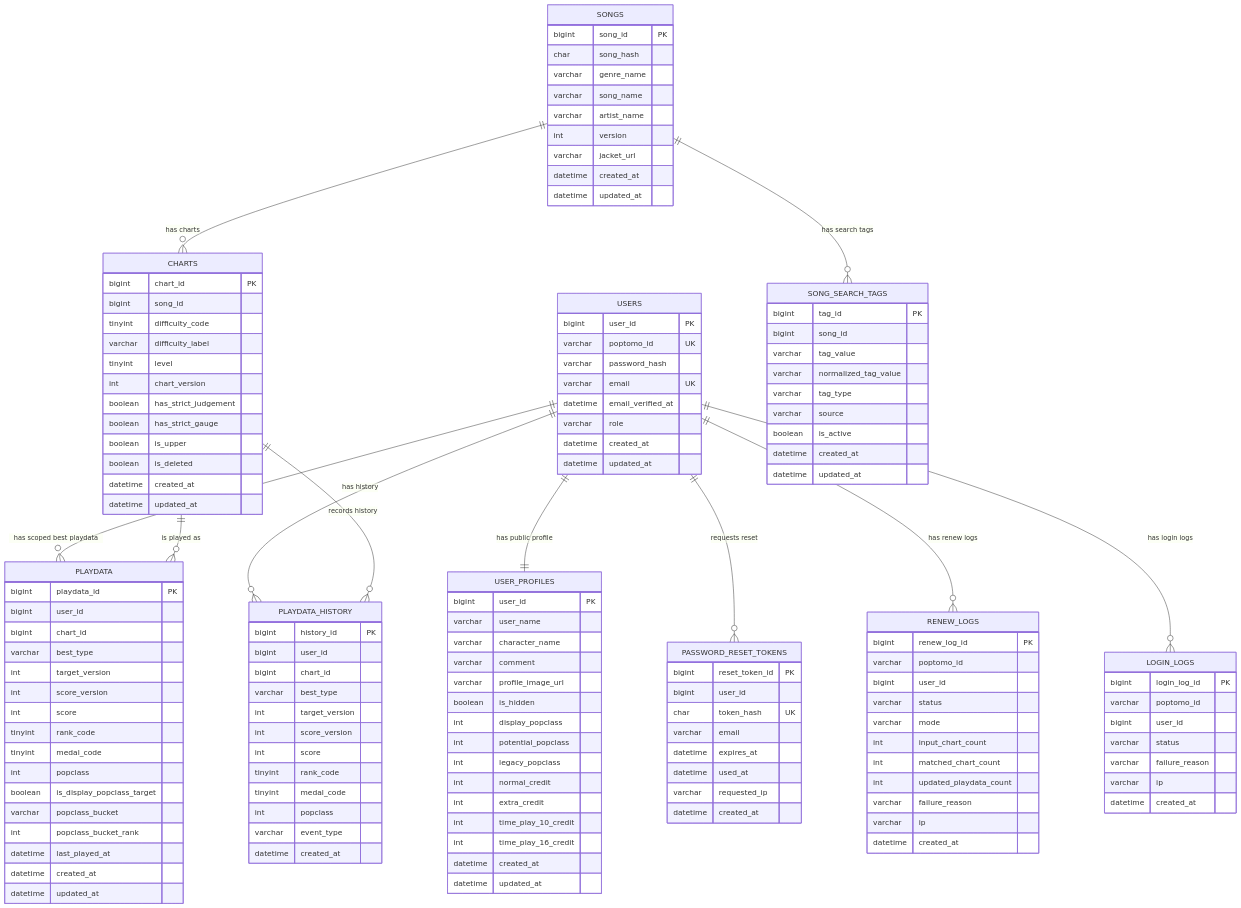
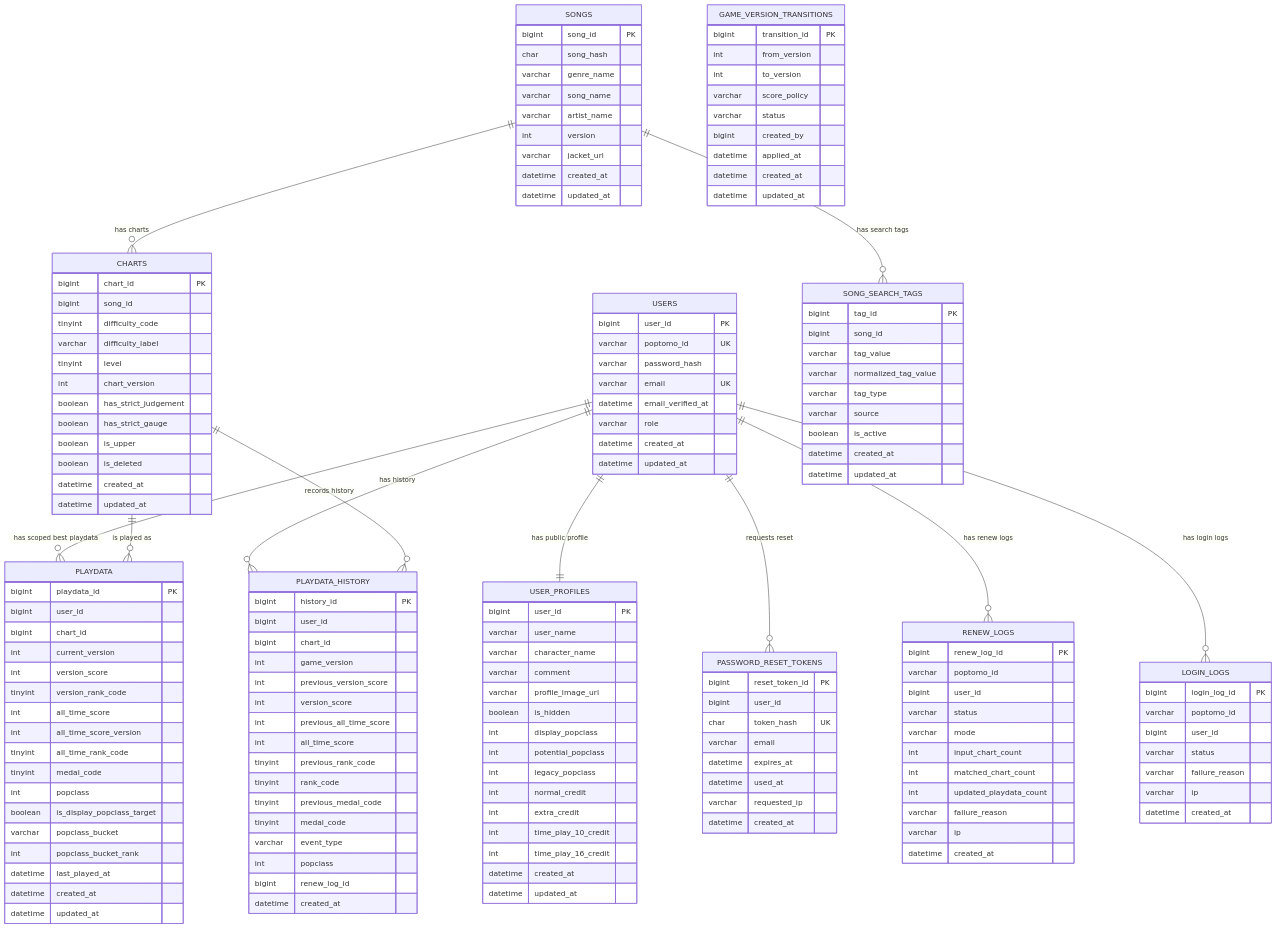
One commit to popngg/popngg-docs changed the diagram in docs/mvp-db-design.md. Above: the diagram before and after it, drawn with Mermaid. The commit also changed other lines of this file and 12 other files, not shown here.

Commit message:
docs: refine playdata version transition design

```diff
--- a/docs/mvp-db-design.md
+++ b/docs/mvp-db-design.md
@@ -128,15 +129,28 @@
         datetime updated_at
     }
 
+    GAME_VERSION_TRANSITIONS {
+        bigint transition_id PK
+        int from_version
+        int to_version
+        varchar score_policy
+        varchar status
+        bigint created_by
+        datetime applied_at
+        datetime created_at
+        datetime updated_at
+    }
+
     PLAYDATA {
         bigint playdata_id PK
         bigint user_id
         bigint chart_id
-        varchar best_type
-        int target_version
-        int score_version
-        int score
-        tinyint rank_code
+        int current_version
+        int version_score
+        tinyint version_rank_code
+        int all_time_score
+        int all_time_score_version
+        tinyint all_time_rank_code
         tinyint medal_code
         int popclass
         boolean is_display_popclass_target
@@ -151,14 +165,18 @@
         bigint history_id PK
         bigint user_id
         bigint chart_id
-        varchar best_type
-        int target_version
-        int score_version
-        int score
+        int game_version
+        int previous_version_score
+        int version_score
+        int previous_all_time_score
+        int all_time_score
+        tinyint previous_rank_code
         tinyint rank_code
+        tinyint previous_medal_code
         tinyint medal_code
+        varchar event_type
         int popclass
-        varchar event_type
+        bigint renew_log_id
         datetime created_at
     }
 
```
